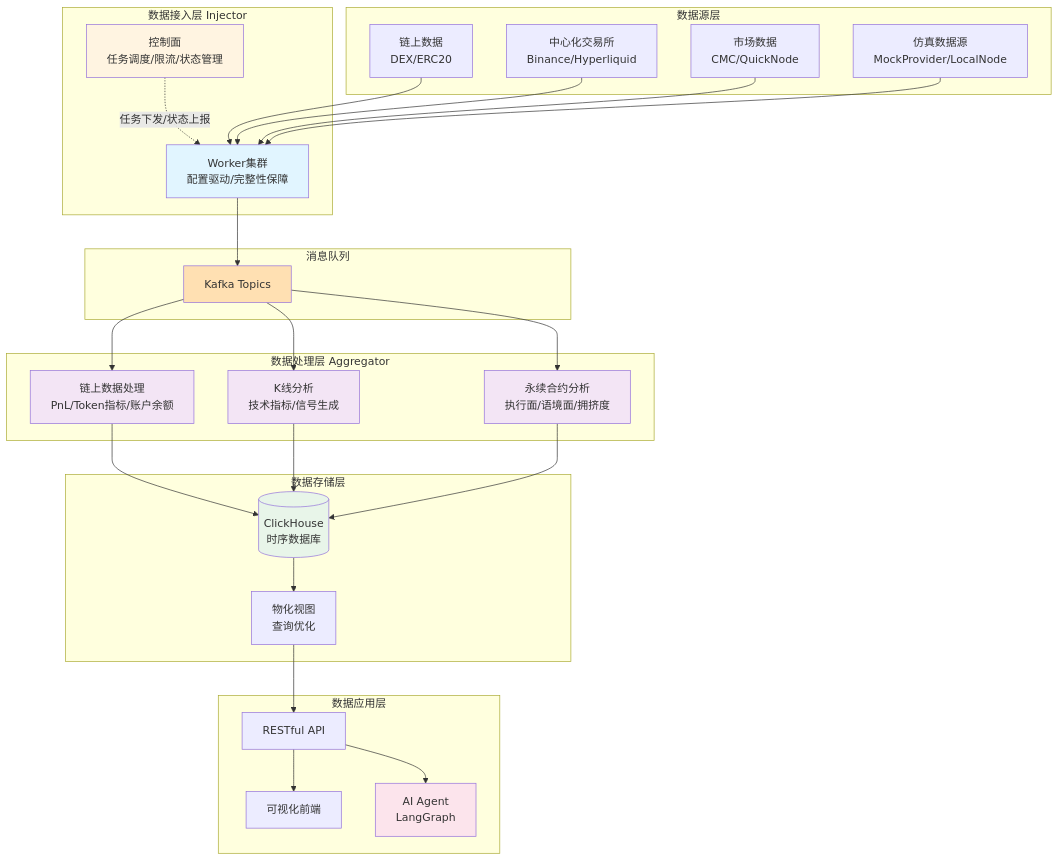
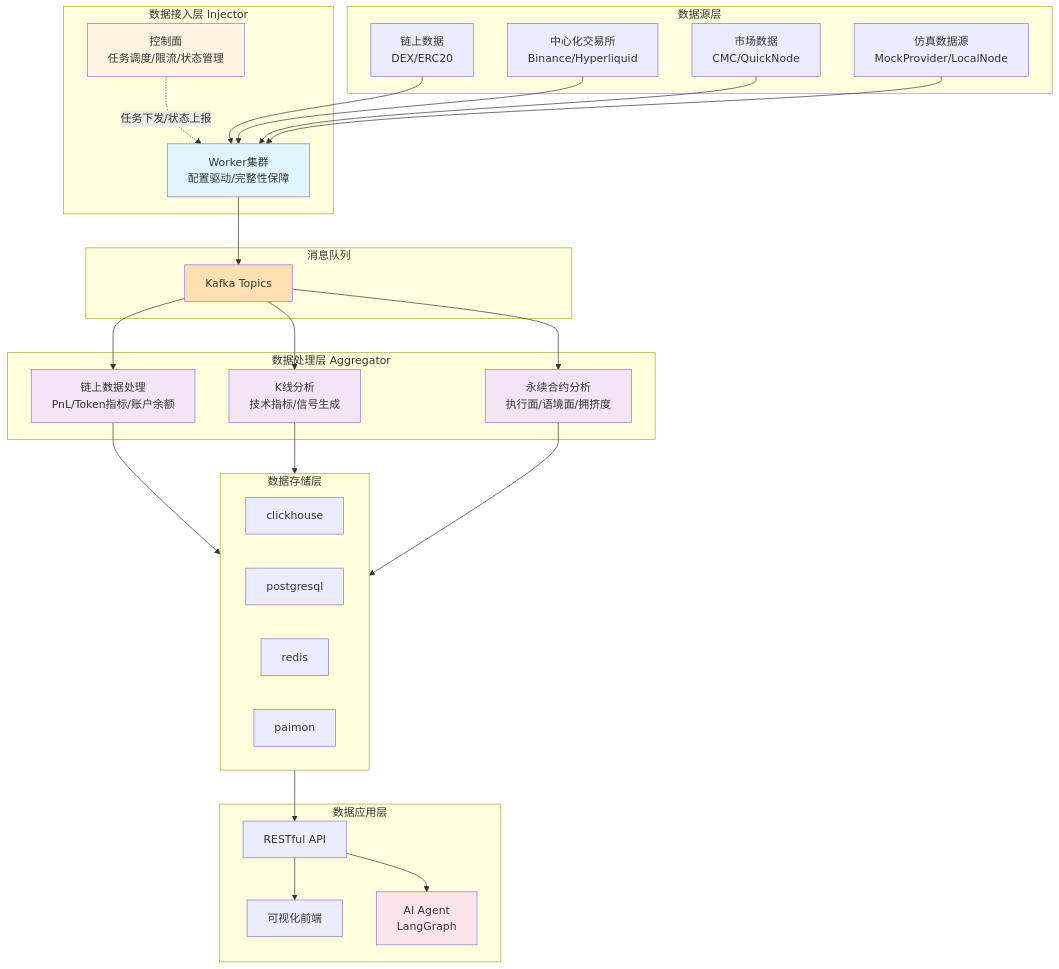
One commit to sjtutwilight/CryptoAgent changed the first of 12 diagrams in README.md. Above: the diagram before and after it, drawn with Mermaid. The commit also changed other lines of this file, not shown here.

````diff
--- a/README.md
+++ b/README.md
@@ -21,61 +9,61 @@
 ```mermaid
 graph TB
     subgraph "数据源层"
         DS1[链上数据<br/>DEX/ERC20]
         DS2[中心化交易所<br/>Binance/Hyperliquid]
         DS3[市场数据<br/>CMC/QuickNode]
         DS4[仿真数据源<br/>MockProvider/LocalNode]
     end
-    
+
     subgraph "数据接入层 Injector"
         C[控制面<br/>任务调度/限流/状态管理]
         W[Worker集群<br/>配置驱动/完整性保障]
         C -.任务下发/状态上报.-> W
     end
-    
+
     subgraph "消息队列"
         K[Kafka Topics]
     end
-    
+
     subgraph "数据处理层 Aggregator"
         F1[链上数据处理<br/>PnL/Token指标/账户余额]
         F2[K线分析<br/>技术指标/信号生成]
         F3[永续合约分析<br/>执行面/语境面/拥挤度]
     end
-    
-    subgraph "数据存储层"
-        CH[(ClickHouse<br/>时序数据库)]
-        MV[物化视图<br/>查询优化]
+		subgraph 数据存储层
+        clickhouse
+        postgresql
+        redis
+        paimon
     end
-    
+
     subgraph "数据应用层"
         API[RESTful API]
         FE[可视化前端]
         AG[AI Agent<br/>LangGraph]
     end
-    
+
     DS1 --> W
     DS2 --> W
     DS3 --> W
     DS4 --> W
     W --> K
     K --> F1
     K --> F2
     K --> F3
-    F1 --> CH
-    F2 --> CH
-    F3 --> CH
-    CH --> MV
-    MV --> API
+    F1 --> 数据存储层
+    F2 -->  数据存储层
+    F3 -->  数据存储层
+     数据存储层--> API
     API --> FE
     API --> AG
-    
+
     style C fill:#fff4e1
     style W fill:#e1f5ff
     style K fill:#ffe0b2
     style F1 fill:#f3e5f5
     style F2 fill:#f3e5f5
     style F3 fill:#f3e5f5
-    style CH fill:#e8f5e9
     style AG fill:#fce4ec
+
 ```
````
